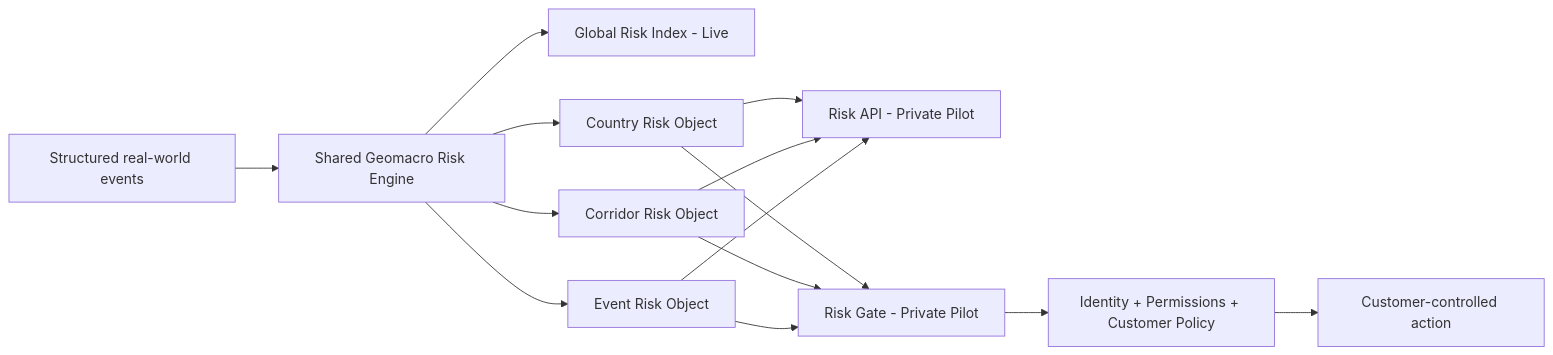
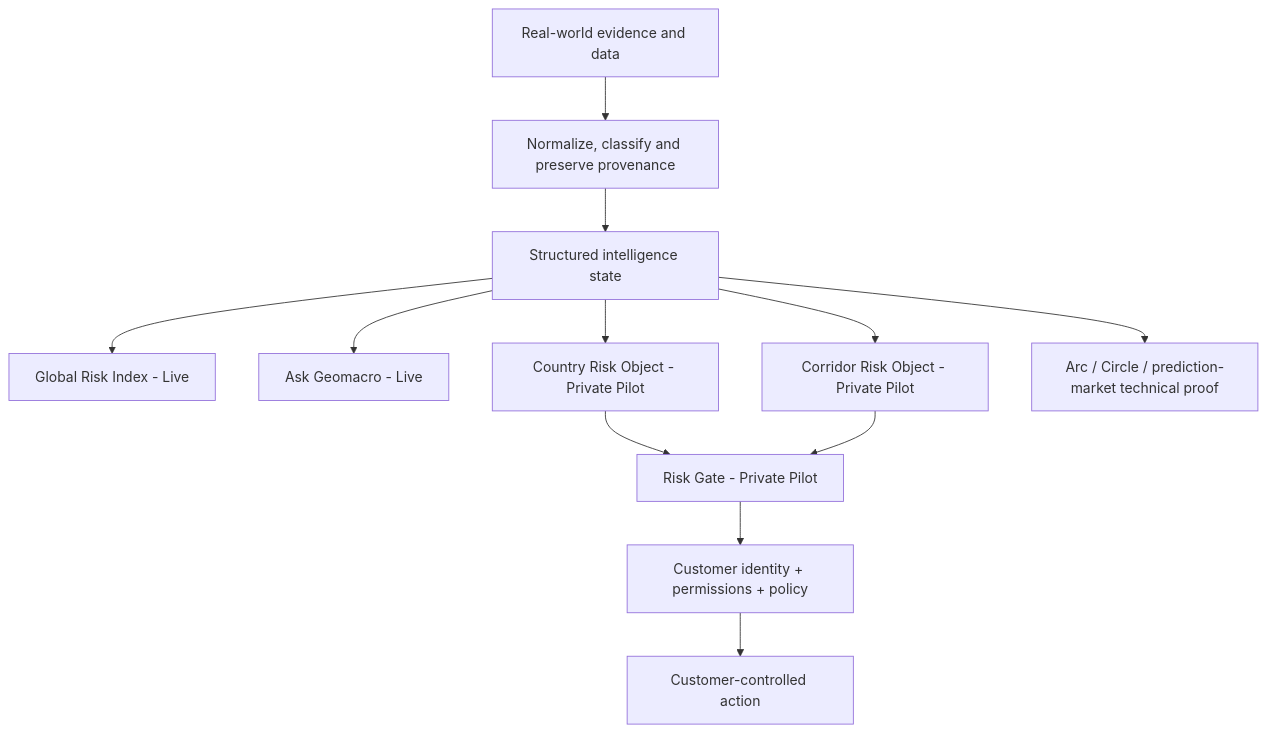
One commit to blocknine0/geomacro changed the first of 3 diagrams in README.md. Above: the diagram before and after it, drawn with Mermaid. The commit also changed other lines of this file, not shown here.

Commit message:
docs: make README the current intelligence-first product source of truth

````diff
--- a/README.md
+++ b/README.md
@@ -106,16 +39,14 @@
 ```mermaid
-graph LR;
-    EVENTS["Structured real-world events"] --> ENGINE["Shared Geomacro Risk Engine"];
-    ENGINE --> GRI["Global Risk Index - Live"];
-    ENGINE --> COUNTRY["Country Risk Object"];
-    ENGINE --> CORRIDOR["Corridor Risk Object"];
-    ENGINE --> EVENTRISK["Event Risk Object"];
-    COUNTRY --> API["Risk API - Private Pilot"];
-    CORRIDOR --> API;
-    EVENTRISK --> API;
+graph TD;
+    SOURCES["Real-world evidence and data"] --> STRUCTURE["Normalize, classify and preserve provenance"];
+    STRUCTURE --> EVENTS["Structured intelligence state"];
+    EVENTS --> GRI["Global Risk Index - Live"];
+    EVENTS --> ASK["Ask Geomacro - Live"];
+    EVENTS --> COUNTRY["Country Risk Object - Private Pilot"];
+    EVENTS --> CORRIDOR["Corridor Risk Object - Private Pilot"];
     COUNTRY --> GATE["Risk Gate - Private Pilot"];
     CORRIDOR --> GATE;
-    EVENTRISK --> GATE;
-    GATE --> POLICY["Identity + Permissions + Customer Policy"];
+    GATE --> POLICY["Customer identity + permissions + policy"];
     POLICY --> ACTION["Customer-controlled action"];
+    EVENTS --> TECH["Arc / Circle / prediction-market technical proof"];
 ```
````
